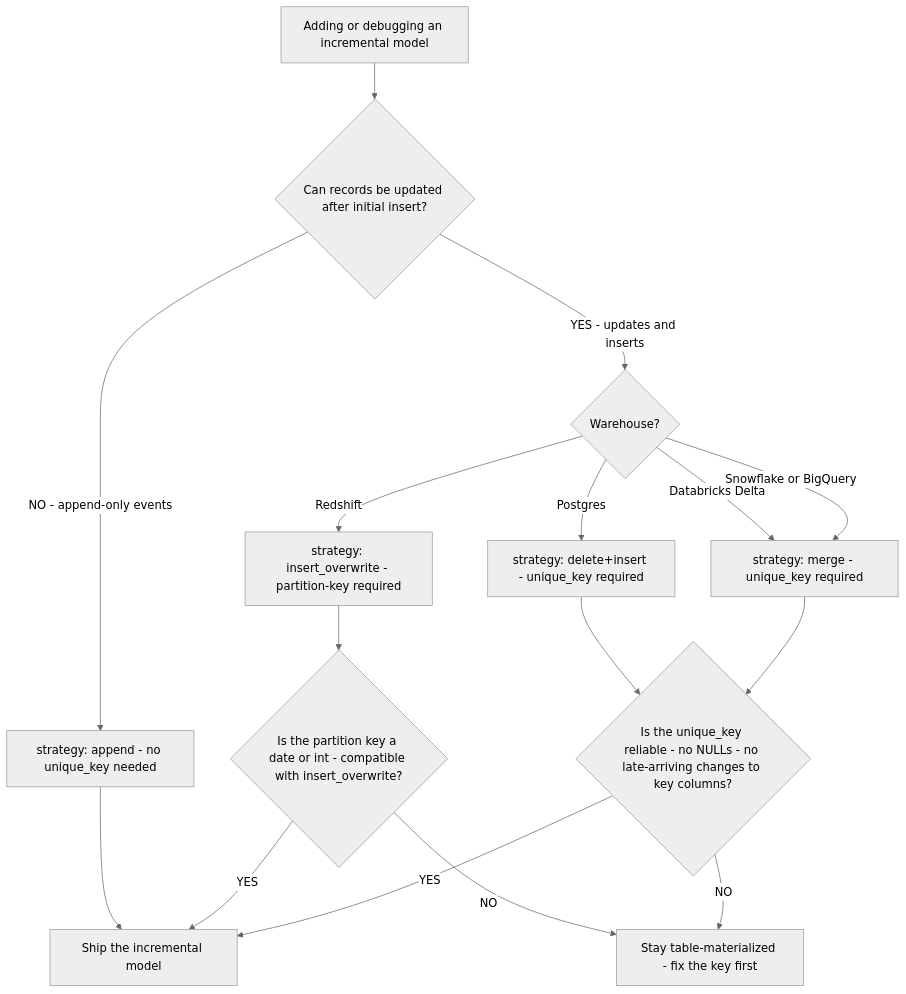
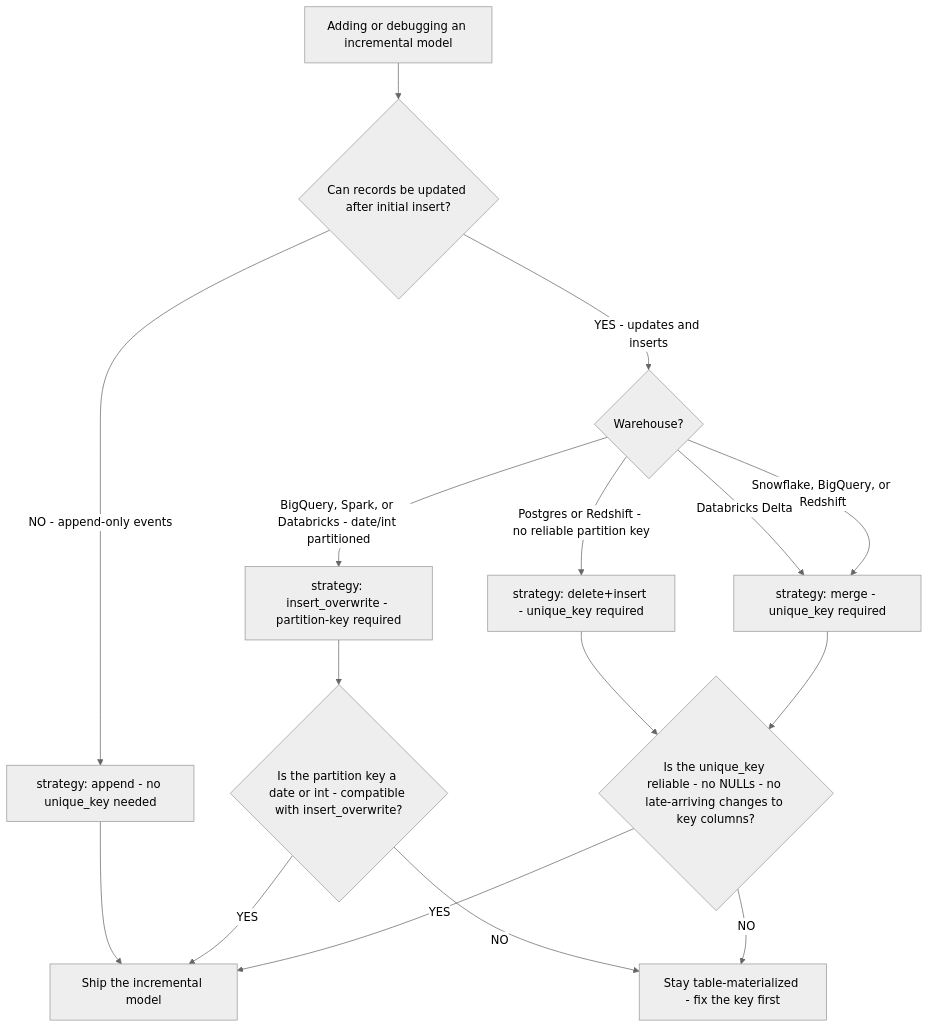
The seventh of 8 diagrams in plugins/analytics-engineering/knowledge/analytics-engineering-decision-trees.md (mcorbett51090/RavenClaude), drawn with Mermaid (neutral theme) before and after one commit. The commit also changed other lines of this file and 13 other files, not shown here.

First line of the commit message:
fix(data-and-bi): dbt v2 GA, Redshift incremental strategy, Snowflake Adaptive Compute, PG18 NOT NULL, Data 360 rename (#1248)

````diff
--- a/plugins/analytics-engineering/knowledge/analytics-engineering-decision-trees.md
+++ b/plugins/analytics-engineering/knowledge/analytics-engineering-decision-trees.md
@@ -147,18 +147,18 @@
 ```mermaid
 flowchart TD
     START[Adding or debugging an incremental model] --> Q1{Can records be updated after initial insert?}
     Q1 -->|YES - updates and inserts| Q2{Warehouse?}
     Q1 -->|NO - append-only events| APPEND[strategy: append - no unique_key needed]
-    Q2 -->|Snowflake or BigQuery| MERGE[strategy: merge - unique_key required]
-    Q2 -->|Redshift| INSERT_OVR[strategy: insert_overwrite - partition-key required]
-    Q2 -->|Postgres| DELETE_INSERT[strategy: delete+insert - unique_key required]
+    Q2 -->|Snowflake, BigQuery, or Redshift| MERGE[strategy: merge - unique_key required]
+    Q2 -->|BigQuery, Spark, or Databricks - date/int partitioned| INSERT_OVR[strategy: insert_overwrite - partition-key required]
+    Q2 -->|Postgres or Redshift - no reliable partition key| DELETE_INSERT[strategy: delete+insert - unique_key required]
     Q2 -->|Databricks Delta| MERGE
     MERGE --> KEY{Is the unique_key reliable - no NULLs - no late-arriving changes to key columns?}
     DELETE_INSERT --> KEY
     INSERT_OVR --> PART{Is the partition key a date or int - compatible with insert_overwrite?}
     KEY -->|YES| SHIP[Ship the incremental model]
     KEY -->|NO| TABLE[Stay table-materialized - fix the key first]
     PART -->|YES| SHIP
     PART -->|NO| TABLE
     APPEND --> SHIP
 ```
````
